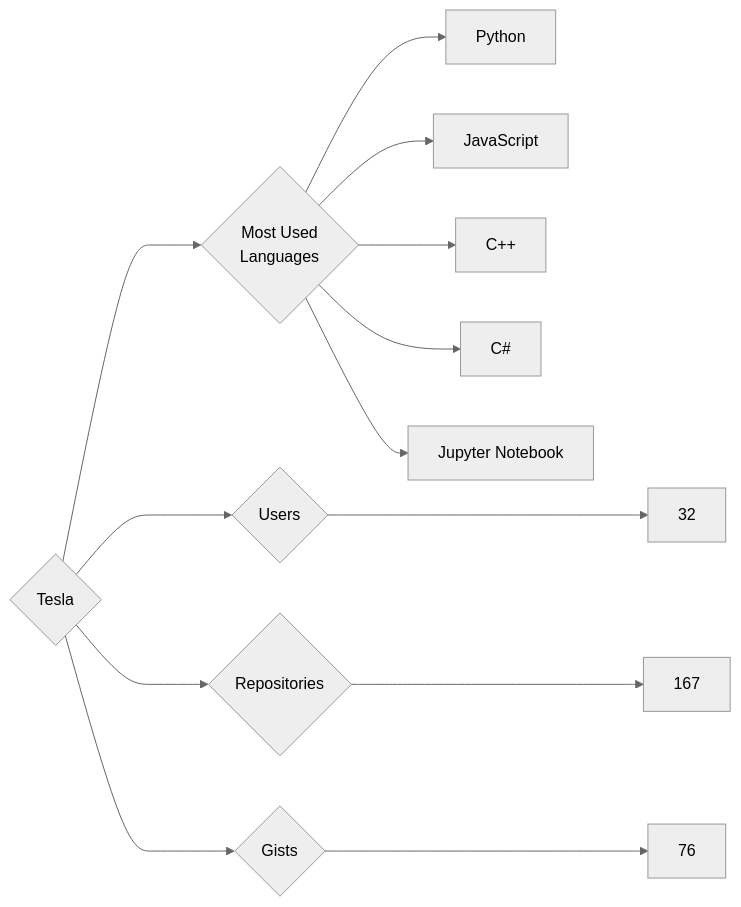
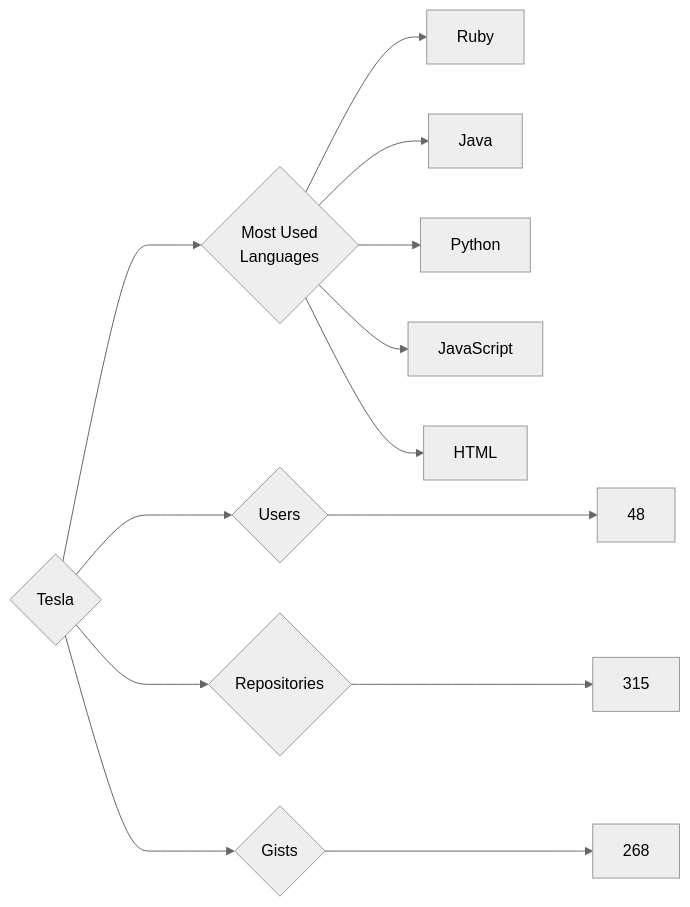
One commit to trickest/insiders changed the diagram in targets/Tesla/README.md. Above: the diagram before and after it, drawn with Mermaid (neutral theme). The commit also changed 871 other files, not shown here.

````diff
--- a/targets/Tesla/README.md
+++ b/targets/Tesla/README.md
@@ -3,13 +3,13 @@
 ```mermaid
 graph LR
 COMPANY_NAME{Tesla}
-COMPANY_NAME ---> U{Users} ---> UN[32]
-COMPANY_NAME ---> R{Repositories} ---> RN[167]
-COMPANY_NAME ---> G{Gists} ---> GN[76]
+COMPANY_NAME ---> U{Users} ---> UN[48]
+COMPANY_NAME ---> R{Repositories} ---> RN[315]
+COMPANY_NAME ---> G{Gists} ---> GN[268]
 COMPANY_NAME ---> ML{Most Used<br>Languages}
+ML --> Ruby[Ruby]
+ML --> Java[Java]
 ML --> Python[Python]
 ML --> JavaScript[JavaScript]
-ML --> C++[C++]
-ML --> C#[C#]
-ML --> Jupyter_Notebook[Jupyter Notebook]
+ML --> HTML[HTML]
 ```
````
